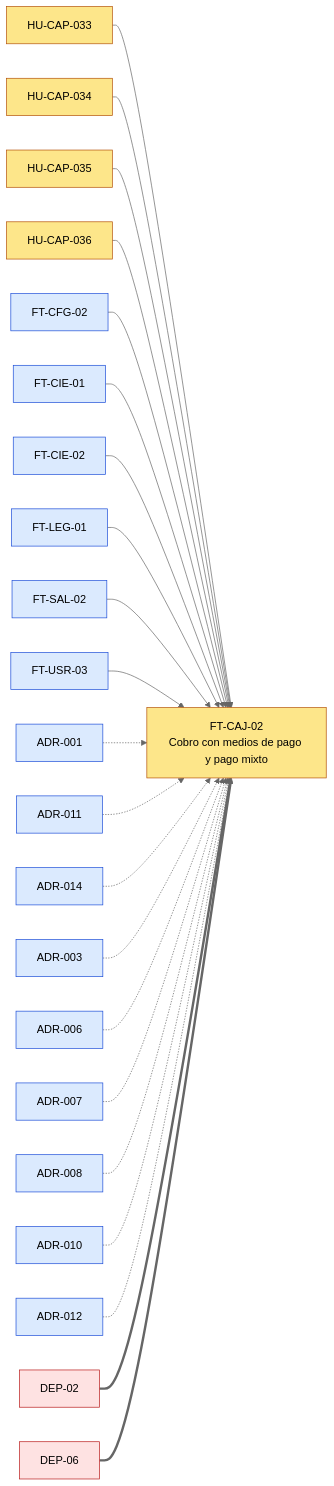
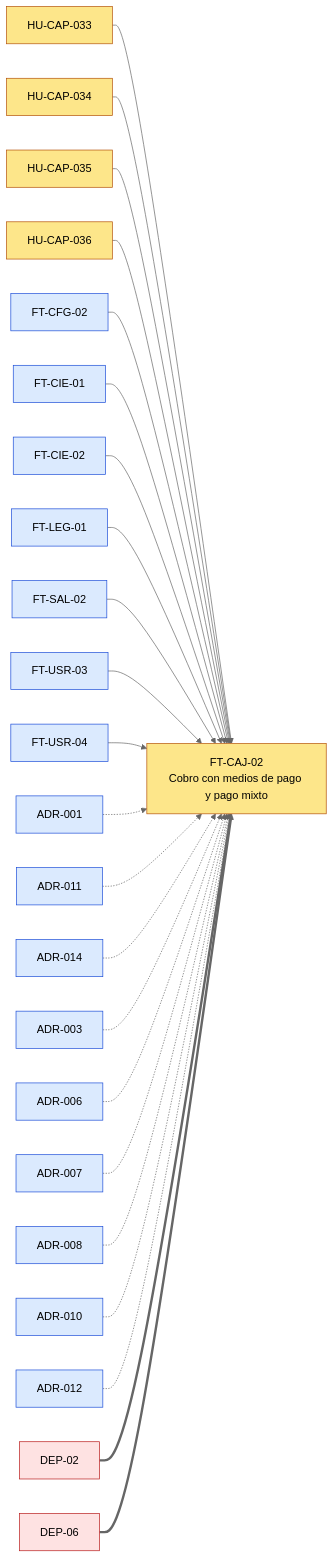
One commit to JoseEM26/caprichos changed the first of 5 diagrams in docs/dor/DOR-FT-CAJ-02-cobro-con-medios-de-pago-y-pago-mixto.md. Above: the diagram before and after it, drawn with Mermaid (neutral theme). The commit also changed other lines of this file and 208 other files, not shown here.

````diff
--- a/docs/dor/DOR-FT-CAJ-02-cobro-con-medios-de-pago-y-pago-mixto.md
+++ b/docs/dor/DOR-FT-CAJ-02-cobro-con-medios-de-pago-y-pago-mixto.md
@@ -51,28 +51,29 @@
 ```mermaid
 flowchart LR
   classDef evaluado fill:#fde68a,stroke:#b45309
   classDef interna fill:#dbeafe,stroke:#1d4ed8
   classDef externa fill:#fee2e2,stroke:#b91c1c
   FT_CAJ_02["FT-CAJ-02<br>Cobro con medios de pago y pago mixto"]:::evaluado
   HU_CAP_033["HU-CAP-033"]:::evaluado --> FT_CAJ_02
   HU_CAP_034["HU-CAP-034"]:::evaluado --> FT_CAJ_02
   HU_CAP_035["HU-CAP-035"]:::evaluado --> FT_CAJ_02
   HU_CAP_036["HU-CAP-036"]:::evaluado --> FT_CAJ_02
   FT_CFG_02["FT-CFG-02"]:::interna --> FT_CAJ_02
   FT_CIE_01["FT-CIE-01"]:::interna --> FT_CAJ_02
   FT_CIE_02["FT-CIE-02"]:::interna --> FT_CAJ_02
   FT_LEG_01["FT-LEG-01"]:::interna --> FT_CAJ_02
   FT_SAL_02["FT-SAL-02"]:::interna --> FT_CAJ_02
   FT_USR_03["FT-USR-03"]:::interna --> FT_CAJ_02
+  FT_USR_04["FT-USR-04"]:::interna --> FT_CAJ_02
   ADR_001["ADR-001"]:::interna -.-> FT_CAJ_02
   ADR_011["ADR-011"]:::interna -.-> FT_CAJ_02
   ADR_014["ADR-014"]:::interna -.-> FT_CAJ_02
   ADR_003["ADR-003"]:::interna -.-> FT_CAJ_02
   ADR_006["ADR-006"]:::interna -.-> FT_CAJ_02
   ADR_007["ADR-007"]:::interna -.-> FT_CAJ_02
   ADR_008["ADR-008"]:::interna -.-> FT_CAJ_02
   ADR_010["ADR-010"]:::interna -.-> FT_CAJ_02
   ADR_012["ADR-012"]:::interna -.-> FT_CAJ_02
   DEP_02["DEP-02"]:::externa ==> FT_CAJ_02
   DEP_06["DEP-06"]:::externa ==> FT_CAJ_02
 ```
````
